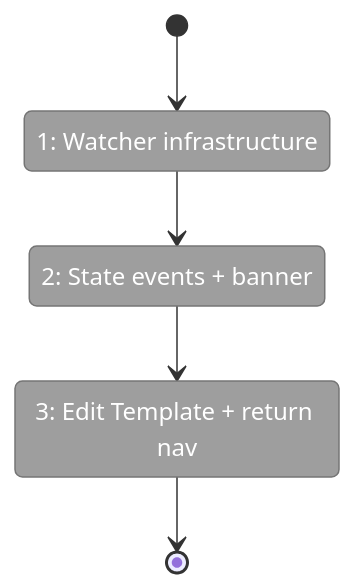
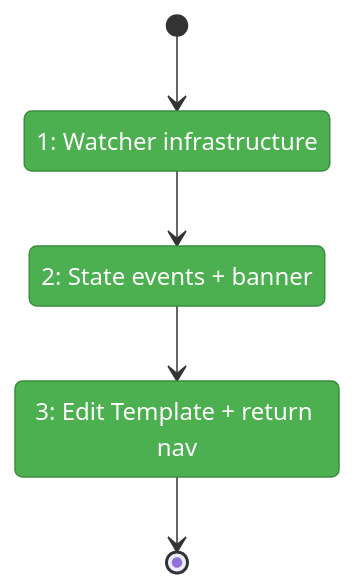
Before and after one commit to AI-Substrate/chainglass: the first of 2 diagrams in docs/plans/058-workunit-editor/tasks/phase-4-change-notifications-workflow-integration/tasks.fltplan.md, drawn with Mermaid. The commit also changed other lines of this file and 16 other files, not shown here.

````diff
--- a/docs/plans/058-workunit-editor/tasks/phase-4-change-notifications-workflow-integration/tasks.fltplan.md
+++ b/docs/plans/058-workunit-editor/tasks/phase-4-change-notifications-workflow-integration/tasks.fltplan.md
@@ -42,18 +42,18 @@
 ```mermaid
 stateDiagram-v2
     classDef pending fill:#9E9E9E,stroke:#757575,color:#fff
     classDef active fill:#FFC107,stroke:#FFA000,color:#000
     classDef done fill:#4CAF50,stroke:#388E3C,color:#fff
     classDef blocked fill:#F44336,stroke:#D32F2F,color:#fff
 
     state "1: Watcher infrastructure" as S1
     state "2: State events + banner" as S2
     state "3: Edit Template + return nav" as S3
 
     [*] --> S1
     S1 --> S2
     S2 --> S3
     S3 --> [*]
 
-    class S1,S2,S3 pending
+    class S1,S2,S3 done
 ```
````
